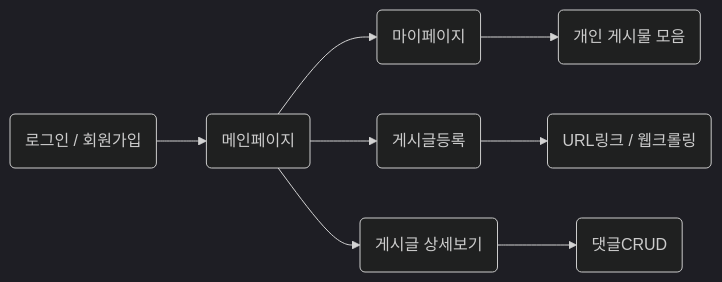
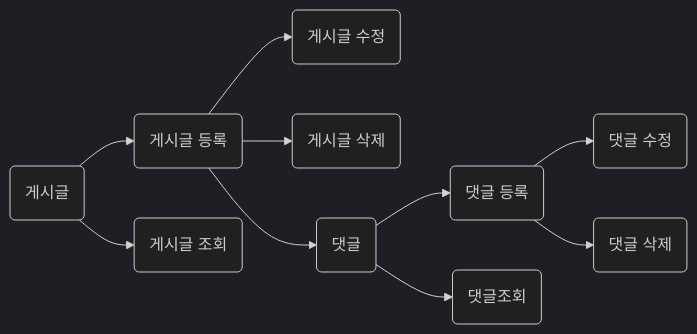
The diagram in README.md (Gwang-hoon-hub/board1), drawn with Mermaid (dark theme) before and after one commit. The commit also changed other lines of this file, not shown here.

````diff
--- a/README.md
+++ b/README.md
@@ -18,10 +19,12 @@
 ```mermaid
 graph LR
-A(로그인 / 회원가입) --> B(메인페이지)
-B --> C(마이페이지)
-B --> D(게시글등록)
-B --> E(게시글 상세보기)
-C -->F(개인 게시물 모음)
-D -->G(URL링크 / 웹크롤링)
-E -->H(댓글CRUD)
+A(게시글) --> B(게시글 등록)
+B --> C(게시글 수정)
+B --> D(게시글 삭제)
+A --> E(게시글 조회)
+B --> F(댓글)
+F --> G(댓글 등록)
+F --> H(댓글조회)
+G --> I(댓글 수정)
+G --> J(댓글 삭제)
 ```
````
